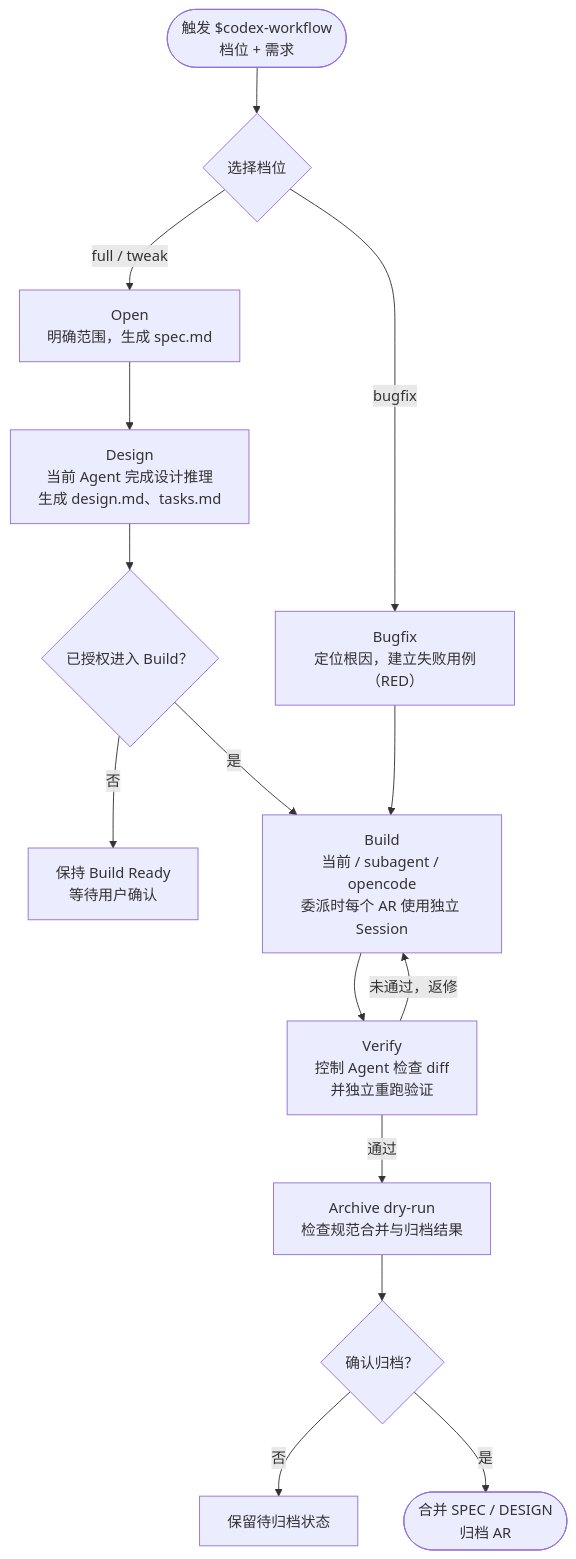
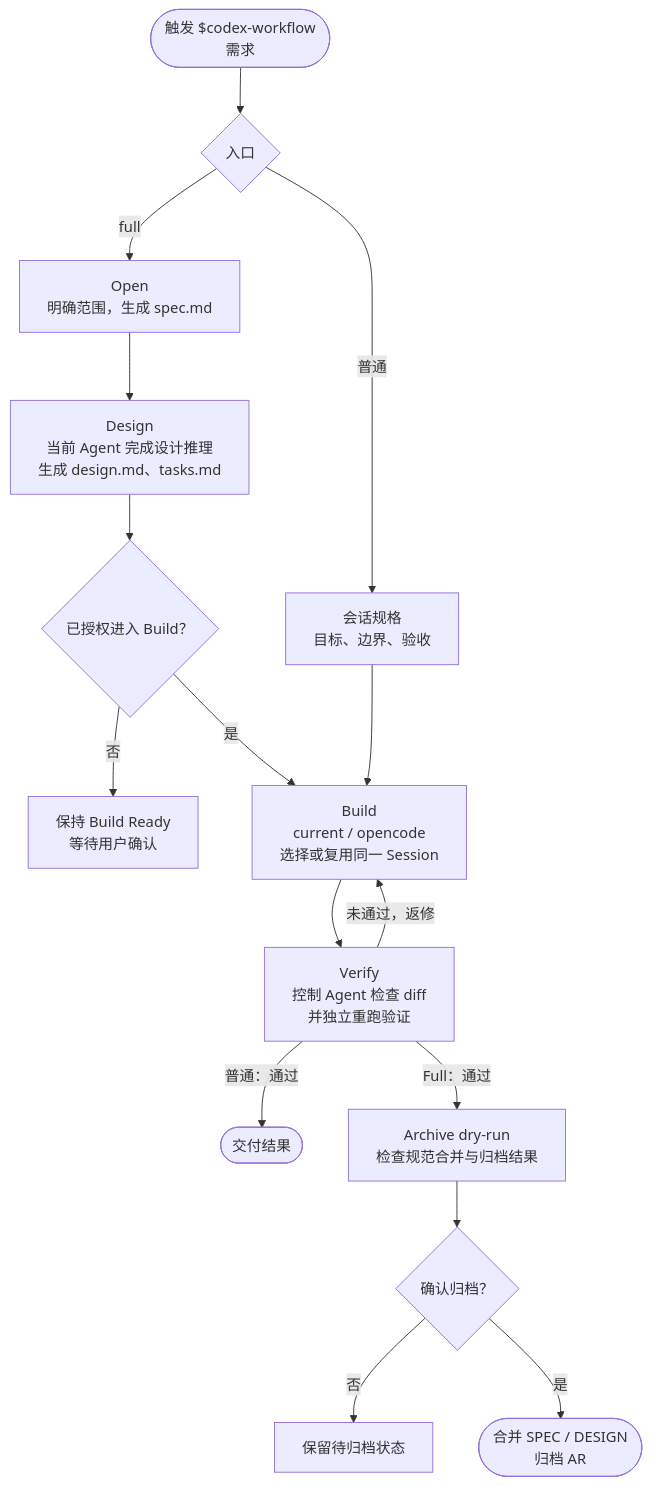
One commit to luochangbin/Harness changed the diagram in README.md. Above: the diagram before and after it, drawn with Mermaid. The commit also changed other lines of this file and 62 other files, not shown here.

Commit message:
feat: 优化 CodeSpec 与 codex-workflow 流程

````diff
--- a/README.md
+++ b/README.md
@@ -53,20 +53,21 @@
 ```mermaid
 flowchart TB
-    START(["触发 $codex-workflow<br/>档位 + 需求"]) --> MODE{"选择档位"}
+    START(["触发 $codex-workflow<br/>需求"]) --> MODE{"入口"}
 
-    MODE -->|full / tweak| OPEN["Open<br/>明确范围，生成 spec.md"]
+    MODE -->|full| OPEN["Open<br/>明确范围，生成 spec.md"]
     OPEN --> DESIGN["Design<br/>当前 Agent 完成设计推理<br/>生成 design.md、tasks.md"]
     DESIGN --> AUTH{"已授权进入 Build？"}
     AUTH -->|否| READY["保持 Build Ready<br/>等待用户确认"]
     AUTH -->|是| BUILD
 
-    MODE -->|bugfix| BUG["Bugfix<br/>定位根因，建立失败用例（RED）"]
-    BUG --> BUILD["Build<br/>当前 / subagent / opencode<br/>委派时每个 AR 使用独立 Session"]
+    MODE -->|普通| ORDINARY["会话规格<br/>目标、边界、验收"]
+    ORDINARY --> BUILD["Build<br/>current / opencode<br/>选择或复用同一 Session"]
 
     BUILD --> VERIFY["Verify<br/>控制 Agent 检查 diff<br/>并独立重跑验证"]
     VERIFY -->|未通过，返修| BUILD
-    VERIFY -->|通过| DRYRUN["Archive dry-run<br/>检查规范合并与归档结果"]
+    VERIFY -->|普通：通过| DONE(["交付结果"])
+    VERIFY -->|Full：通过| DRYRUN["Archive dry-run<br/>检查规范合并与归档结果"]
     DRYRUN --> CONFIRM{"确认归档？"}
     CONFIRM -->|否| PENDING["保留待归档状态"]
     CONFIRM -->|是| ARCHIVE(["合并 SPEC / DESIGN<br/>归档 AR"])
 ```
````
